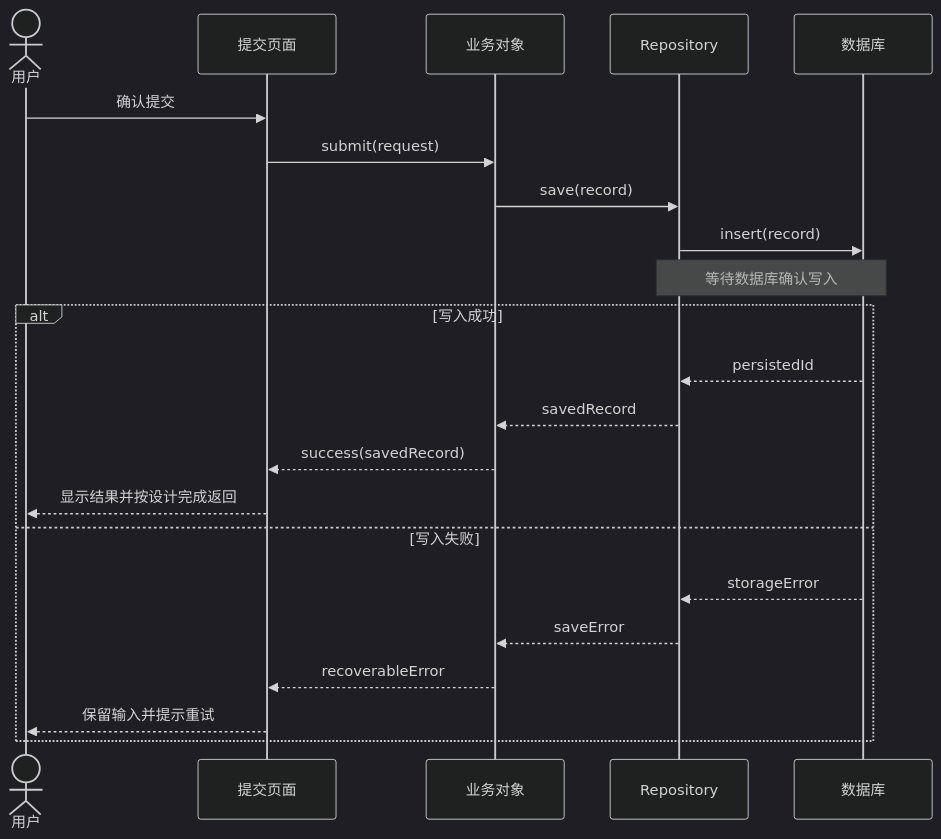
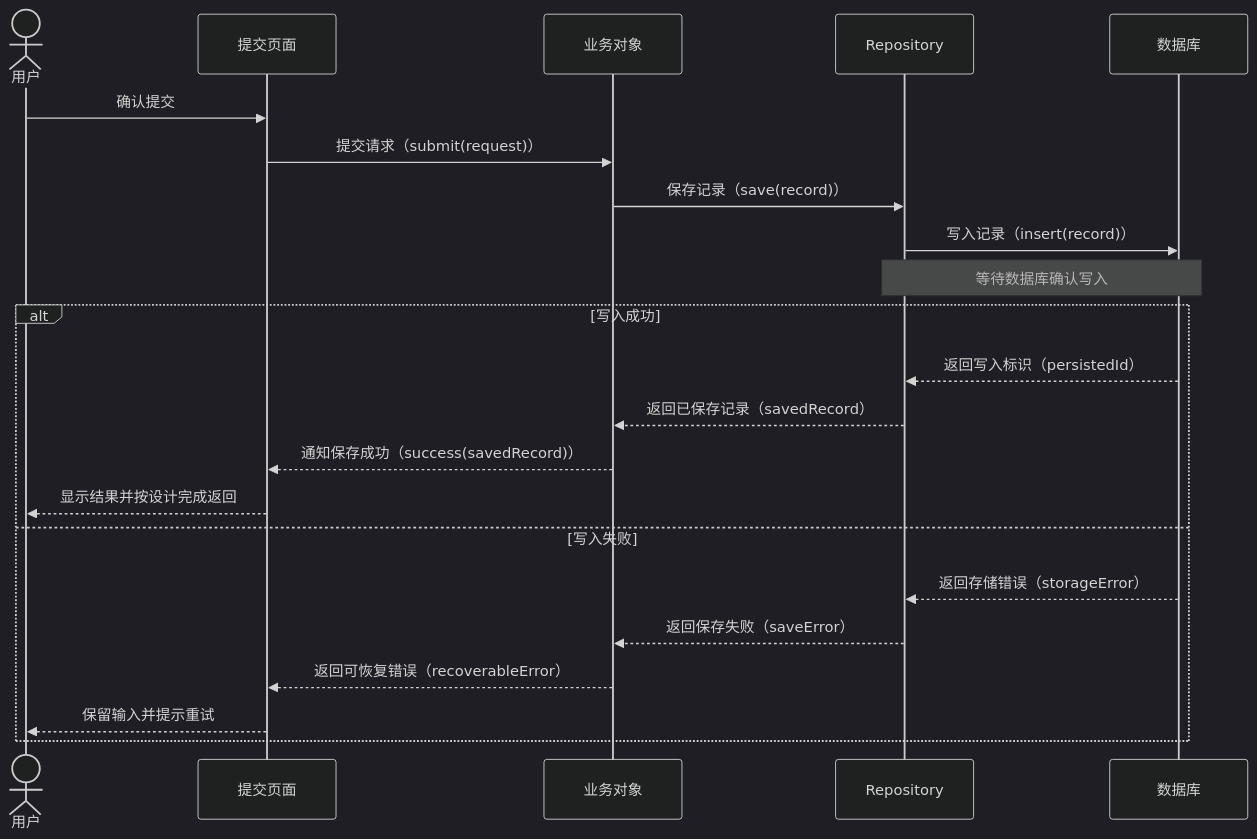
One commit to sqsqsq/agent-maison changed the diagram in skills/reference/app-component-blueprint-workflow.md. Above: the diagram before and after it, drawn with Mermaid (dark theme). The commit also changed other lines of this file and 26 other files, not shown here.

````diff
--- a/skills/reference/app-component-blueprint-workflow.md
+++ b/skills/reference/app-component-blueprint-workflow.md
@@ -91,25 +95,25 @@
 ```mermaid
 sequenceDiagram
     actor User as 用户
     participant Page as 提交页面
     participant Service as 业务对象
     participant Repo as Repository
     participant DB as 数据库
     %% 对照已声明的提交、落库确认和返回步骤
     User->>Page: 确认提交
-    Page->>Service: submit(request)
-    Service->>Repo: save(record)
-    Repo->>DB: insert(record)
+    Page->>Service: 提交请求（submit(request)）
+    Service->>Repo: 保存记录（save(record)）
+    Repo->>DB: 写入记录（insert(record)）
     Note over Repo,DB: 等待数据库确认写入
     alt 写入成功
-        DB-->>Repo: persistedId
-        Repo-->>Service: savedRecord
-        Service-->>Page: success(savedRecord)
+        DB-->>Repo: 返回写入标识（persistedId）
+        Repo-->>Service: 返回已保存记录（savedRecord）
+        Service-->>Page: 通知保存成功（success(savedRecord)）
         Page-->>User: 显示结果并按设计完成返回
     else 写入失败
-        DB-->>Repo: storageError
-        Repo-->>Service: saveError
-        Service-->>Page: recoverableError
+        DB-->>Repo: 返回存储错误（storageError）
+        Repo-->>Service: 返回保存失败（saveError）
+        Service-->>Page: 返回可恢复错误（recoverableError）
         Page-->>User: 保留输入并提示重试
     end
 ```
````
